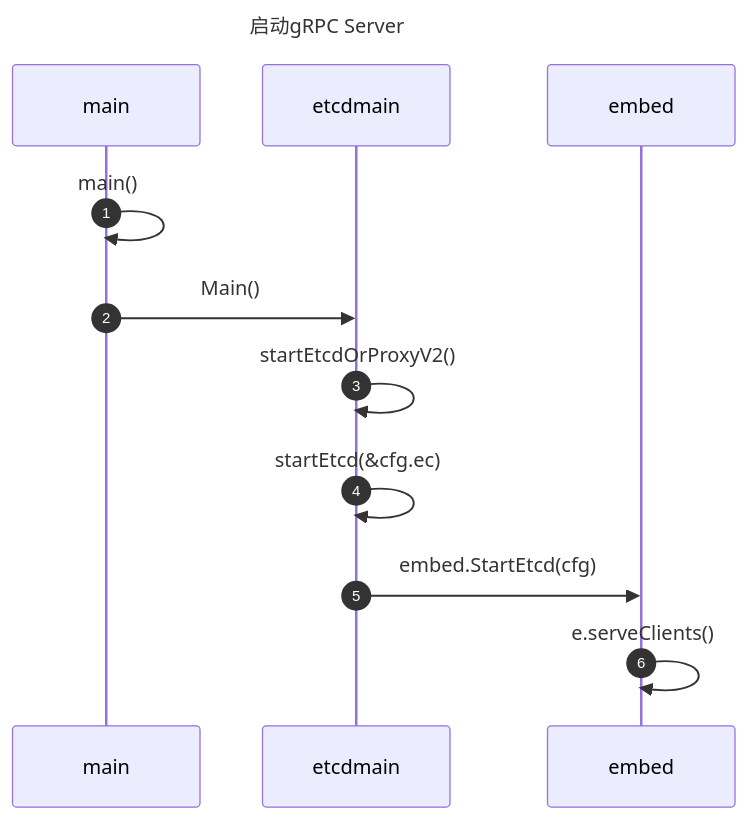
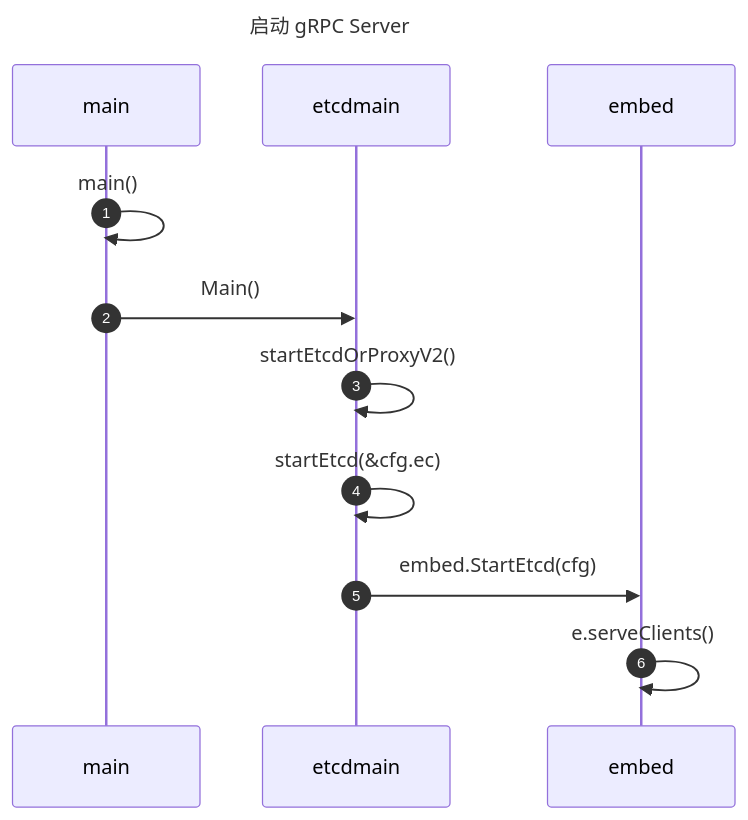
One commit to kangxiaoning/kangxiaoning.github.io changed the first of 12 diagrams in docs/topics/etcd/etcd-watch.md. Above: the diagram before and after it, drawn with Mermaid. The commit also changed other lines of this file, not shown here.

````diff
--- a/docs/topics/etcd/etcd-watch.md
+++ b/docs/topics/etcd/etcd-watch.md
@@ -59,13 +58,13 @@
 ```mermaid
 ---
-title: 启动gRPC Server
+title: 启动 gRPC Server
 ---
 sequenceDiagram
     autonumber
     main->>main: main()
     main->>etcdmain: Main()
     etcdmain->>etcdmain: startEtcdOrProxyV2()
     etcdmain->>etcdmain: startEtcd(&cfg.ec)
     etcdmain->>embed: embed.StartEtcd(cfg)
     embed->>embed: e.serveClients()
 ```
````
